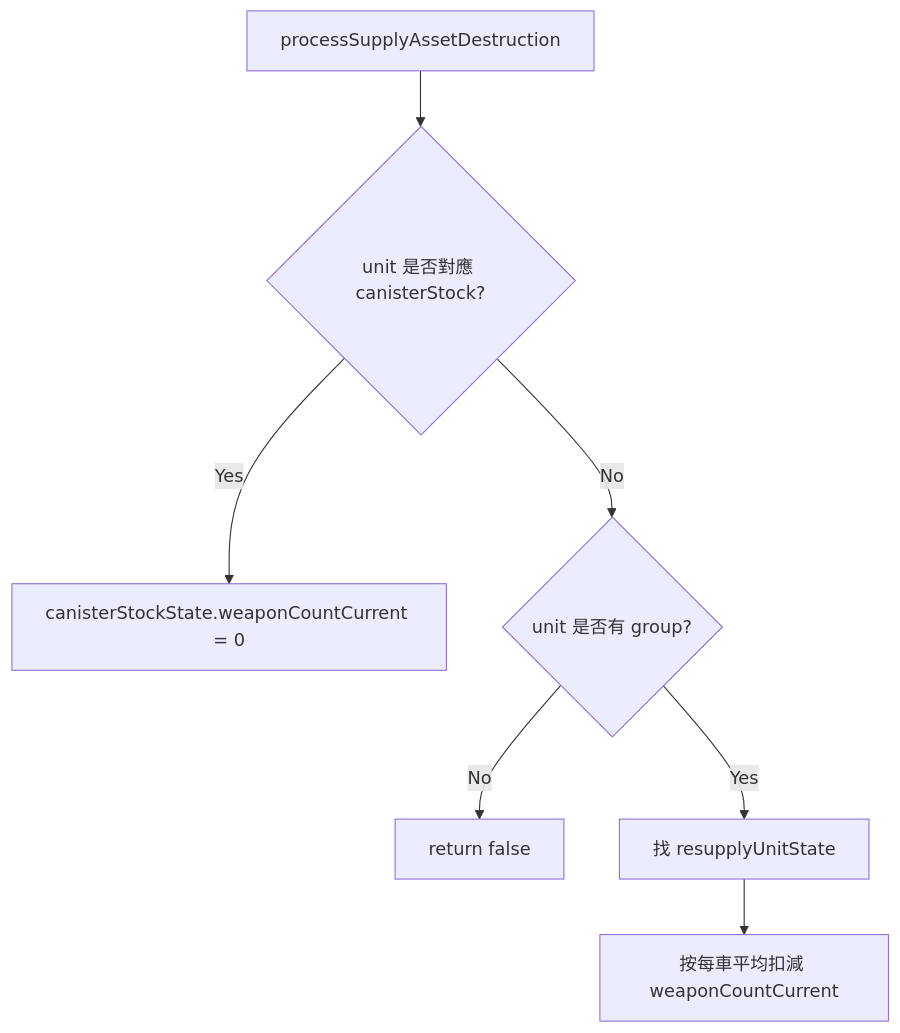
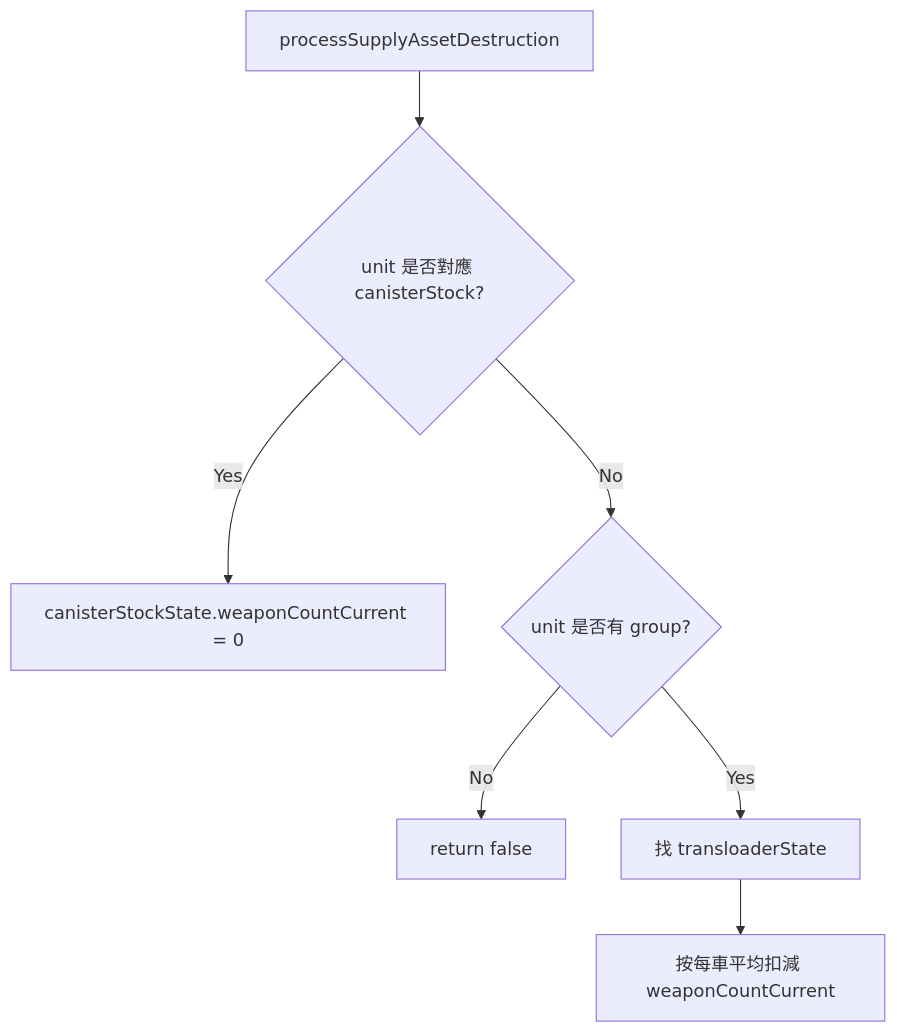
One commit to pullupjumper/formosa-in-flames changed the diagram in docs/missileSystem/groundStateStore.md. Above: the diagram before and after it, drawn with Mermaid. The commit also changed other lines of this file and 67 other files, not shown here.

First line of the commit message:
refactor(missileSystem): rename firing unit to launcher and resupply unit to transloader

````diff
--- a/docs/missileSystem/groundStateStore.md
+++ b/docs/missileSystem/groundStateStore.md
@@ -24,9 +24,9 @@
 ```mermaid
 flowchart TD
     A[processSupplyAssetDestruction] --> B{unit 是否對應 canisterStock?}
     B -->|Yes| C[canisterStockState.weaponCountCurrent = 0]
     B -->|No| D{unit 是否有 group?}
     D -->|No| E[return false]
-    D -->|Yes| F[找 resupplyUnitState]
+    D -->|Yes| F[找 transloaderState]
     F --> G[按每車平均扣減 weaponCountCurrent]
 ```
````
